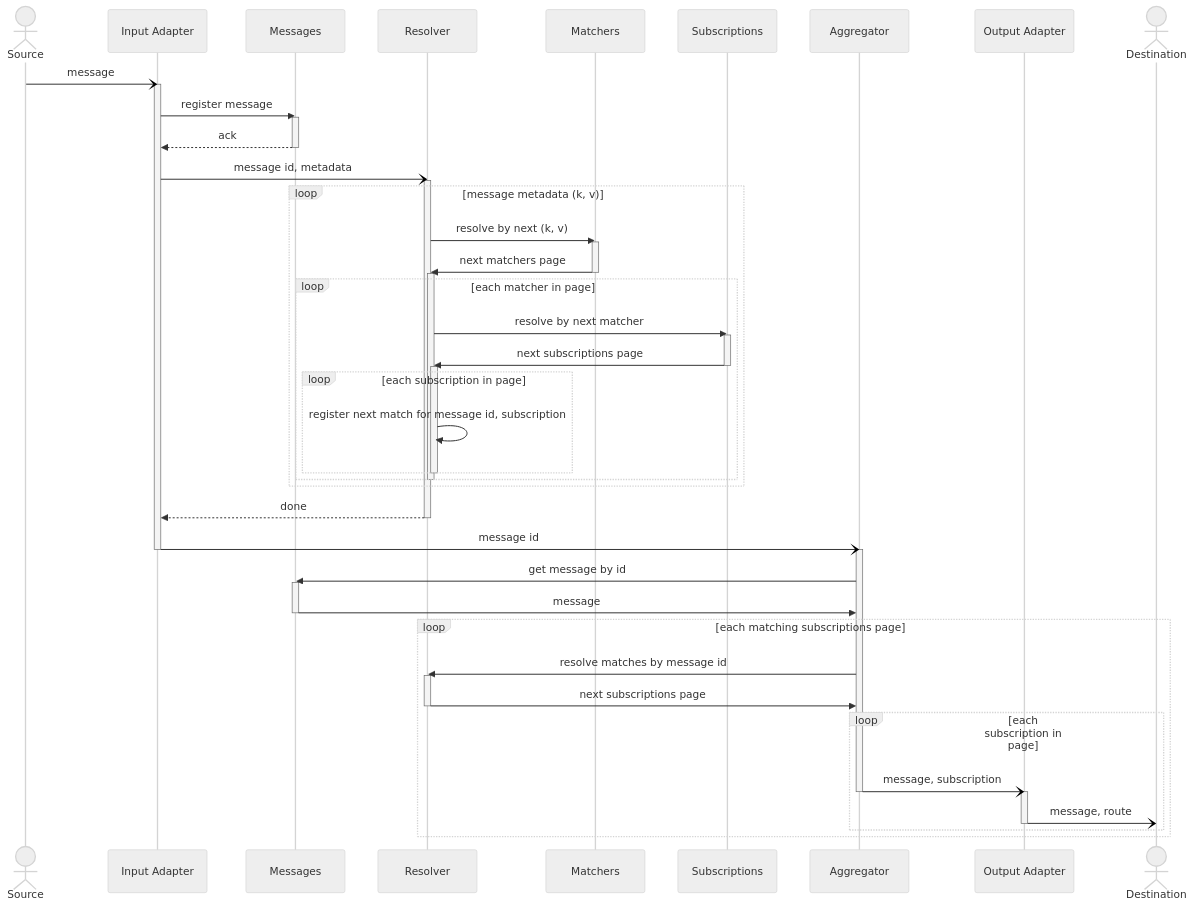
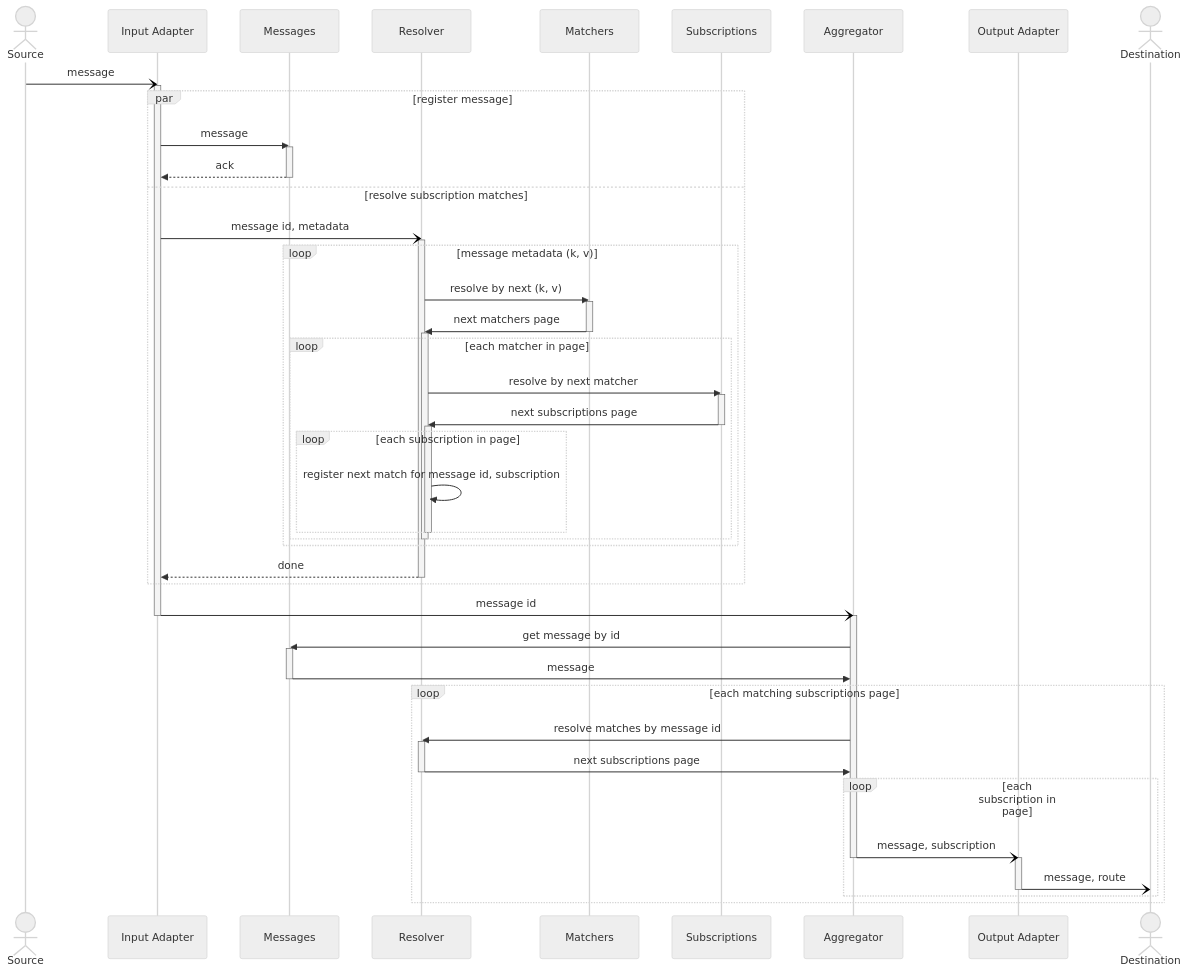
The diagram in profile/README.md (awakari/.github), drawn with Mermaid before and after one commit.

```diff
--- a/profile/README.md
+++ b/profile/README.md
@@ -19,41 +19,47 @@
     Source-)Input Adapter: message
     activate Input Adapter
     
-    Input Adapter->>Messages: register message
-    activate Messages
-    Messages-->>Input Adapter: ack
-    deactivate Messages
+    par register message
     
-    Input Adapter-)Resolver: message id, metadata
-    activate Resolver
+        Input Adapter->>Messages: message
+        activate Messages
+        Messages-->>Input Adapter: ack
+        deactivate Messages
+        
+    and resolve subscription matches
     
-    loop message metadata (k, v)
-    
-        Resolver->>Matchers: resolve by next (k, v)
-        activate Matchers
-        Matchers->>Resolver: next matchers page
-        deactivate Matchers
+        Input Adapter-)Resolver: message id, metadata
+        activate Resolver
         
-        activate Resolver
-        loop each matcher in page
-            
-            Resolver->>Subscriptions: resolve by next matcher
-            activate Subscriptions
-            Subscriptions->>Resolver: next subscriptions page
-            deactivate Subscriptions
+        loop message metadata (k, v)
+        
+            Resolver->>Matchers: resolve by next (k, v)
+            activate Matchers
+            Matchers->>Resolver: next matchers page
+            deactivate Matchers
             
             activate Resolver
-            loop each subscription in page
-                Resolver->>Resolver: register next match for message id, subscription
+            loop each matcher in page
+                
+                Resolver->>Subscriptions: resolve by next matcher
+                activate Subscriptions
+                Subscriptions->>Resolver: next subscriptions page
+                deactivate Subscriptions
+                
+                activate Resolver
+                loop each subscription in page
+                    Resolver->>Resolver: register next match for message id, subscription
+                end
+                deactivate Resolver
+                
             end
             deactivate Resolver
-            
         end
+        
+        Resolver-->>Input Adapter: done
         deactivate Resolver
+    
     end
-    
-    Resolver-->>Input Adapter: done
-    deactivate Resolver
     
     Input Adapter-)Aggregator: message id
     deactivate Input Adapter
```
